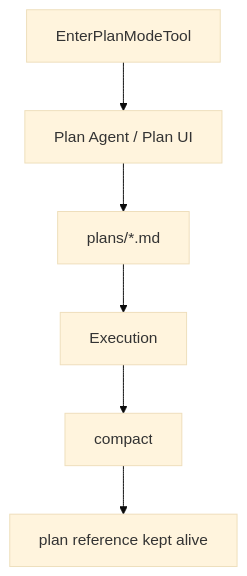
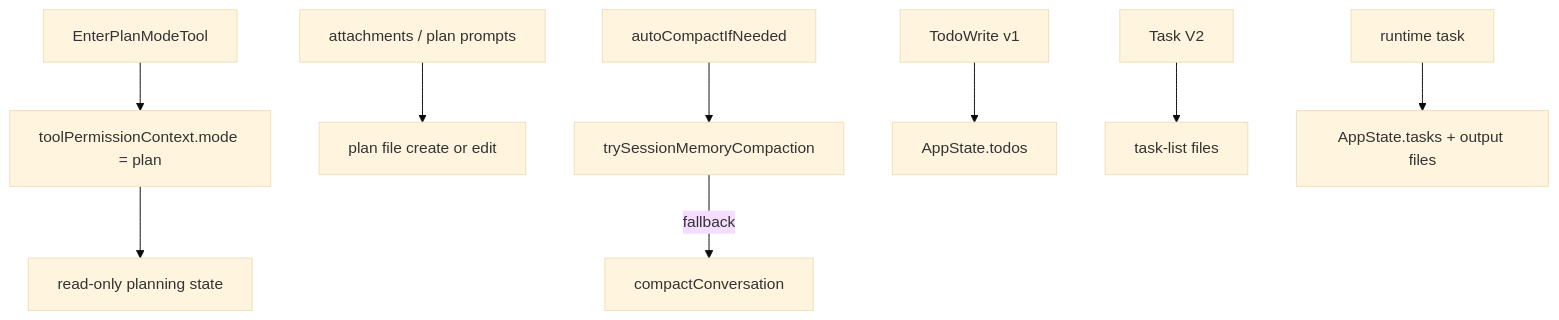
The diagram in MODULES/02-planning-compaction-and-assistant/SIMPLE/README.md (Boulea7/ClaudeCode-Source-DeepDive), drawn with Mermaid (base theme) before and after one commit. The commit also changed other lines of this file and 13 other files, not shown here.

Commit message:
docs: polish architecture and remaining source-backed wording

````diff
--- a/MODULES/02-planning-compaction-and-assistant/SIMPLE/README.md
+++ b/MODULES/02-planning-compaction-and-assistant/SIMPLE/README.md
@@ -5,8 +5,11 @@
 ```mermaid
 flowchart TD
-    A[EnterPlanModeTool] --> B[Plan Agent / Plan UI]
-    B --> C[plans/*.md]
-    C --> D[Execution]
-    D --> E[compact]
-    E --> F[plan reference kept alive]
+    A[EnterPlanModeTool] --> B[toolPermissionContext.mode = plan]
+    B --> C[read-only planning state]
+    D[attachments / plan prompts] --> E[plan file create or edit]
+    F[autoCompactIfNeeded] --> G[trySessionMemoryCompaction]
+    G -->|fallback| H[compactConversation]
+    I[TodoWrite v1] --> J[AppState.todos]
+    K[Task V2] --> L[task-list files]
+    M[runtime task] --> N[AppState.tasks + output files]
 ```
````
